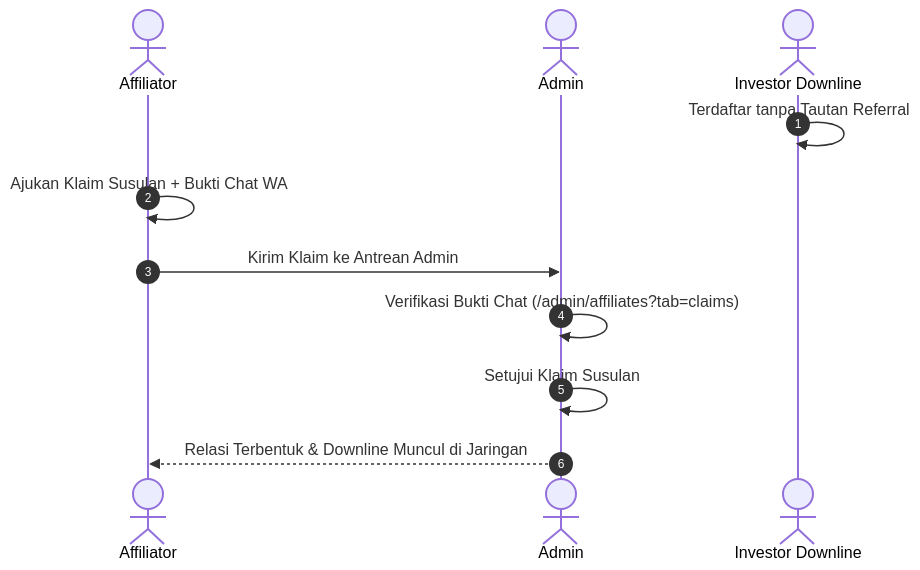
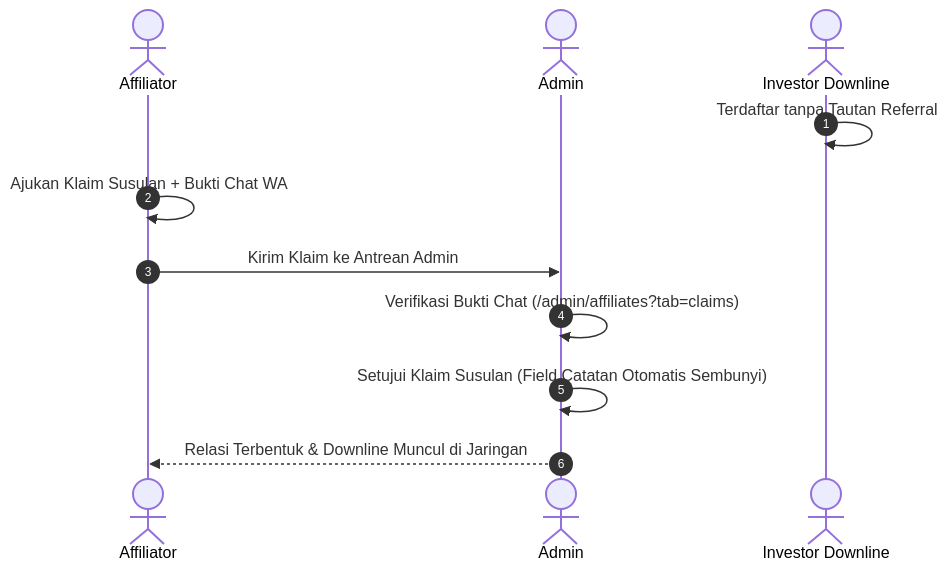
The third of 4 diagrams in docs/uat/lembar-pengujian-uat-lengkap.md (fransgabrielhutauruk/yzd-center), drawn with Mermaid before and after one commit. The commit also changed other lines of this file and 1 other file, not shown here.

````diff
--- a/docs/uat/lembar-pengujian-uat-lengkap.md
+++ b/docs/uat/lembar-pengujian-uat-lengkap.md
@@ -247,13 +277,13 @@
 ```mermaid
 sequenceDiagram
     autonumber
     actor Affiliator
     actor Admin
     actor Downline as Investor Downline
     Downline->>Downline: Terdaftar tanpa Tautan Referral
     Affiliator->>Affiliator: Ajukan Klaim Susulan + Bukti Chat WA
     Affiliator->>Admin: Kirim Klaim ke Antrean Admin
     Admin->>Admin: Verifikasi Bukti Chat (/admin/affiliates?tab=claims)
-    Admin->>Admin: Setujui Klaim Susulan
+    Admin->>Admin: Setujui Klaim Susulan (Field Catatan Otomatis Sembunyi)
     Admin-->>Affiliator: Relasi Terbentuk & Downline Muncul di Jaringan
 ```
````
